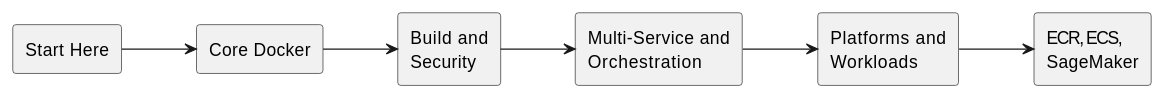
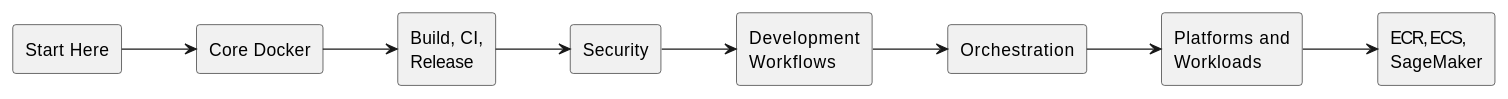
One commit to oneoffcoder/books changed the diagram in sphinx/docker/source/index.rst. Above: the diagram before and after it, drawn with PlantUML. The commit also changed other lines of this file and 13 other files, not shown here.

```diff
--- a/sphinx/docker/source/index.rst
+++ b/sphinx/docker/source/index.rst
@@ -38,17 +38,21 @@
 .. uml::
 
    @startuml
    left to right direction
    skinparam shadowing false
    rectangle "Start Here" as start
    rectangle "Core Docker" as core
-   rectangle "Build and\nSecurity" as build
-   rectangle "Multi-Service and\nOrchestration" as orchestration
+   rectangle "Build, CI,\nRelease" as build
+   rectangle "Security" as security
+   rectangle "Development\nWorkflows" as development
+   rectangle "Orchestration" as orchestration
    rectangle "Platforms and\nWorkloads" as operations
    rectangle "ECR, ECS,\nSageMaker" as deployment
    start --> core
    core --> build
-   build --> orchestration
+   build --> security
+   security --> development
+   development --> orchestration
    orchestration --> operations
    operations --> deployment
    @enduml
```
